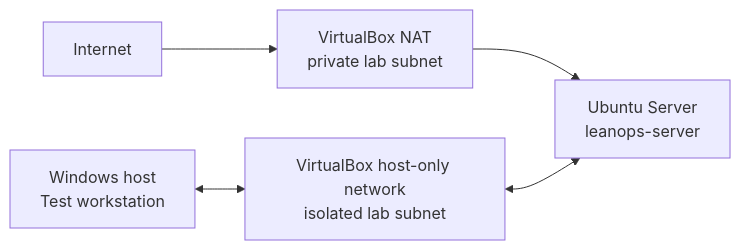
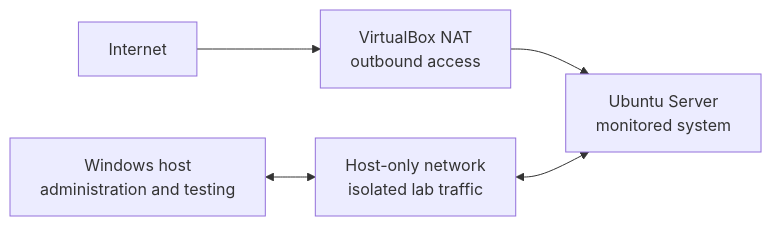
The first of 2 diagrams in README.md (Steve-G-Git/LeanOps-Lab), drawn with Mermaid before and after one commit. The commit also changed other lines of this file and 6 other files, not shown here.

First line of the commit message:
Document PDCA 11 portfolio presentation and architecture

````diff
--- a/README.md
+++ b/README.md
@@ -61,7 +41,7 @@
 ```mermaid
 flowchart LR
-    Internet["Internet"] --> NAT["VirtualBox NAT<br/>private lab subnet"]
-    NAT --> Server["Ubuntu Server<br/>leanops-server"]
-    Windows["Windows host<br/>Test workstation"] <--> HostOnly["VirtualBox host-only network<br/>isolated lab subnet"]
-    HostOnly <--> Server
+    Internet["Internet"] --> NAT["VirtualBox NAT<br/>outbound access"]
+    NAT --> Server["Ubuntu Server<br/>monitored system"]
+    Workstation["Windows host<br/>administration and testing"] <--> Isolated["Host-only network<br/>isolated lab traffic"]
+    Isolated <--> Server
 ```
````
